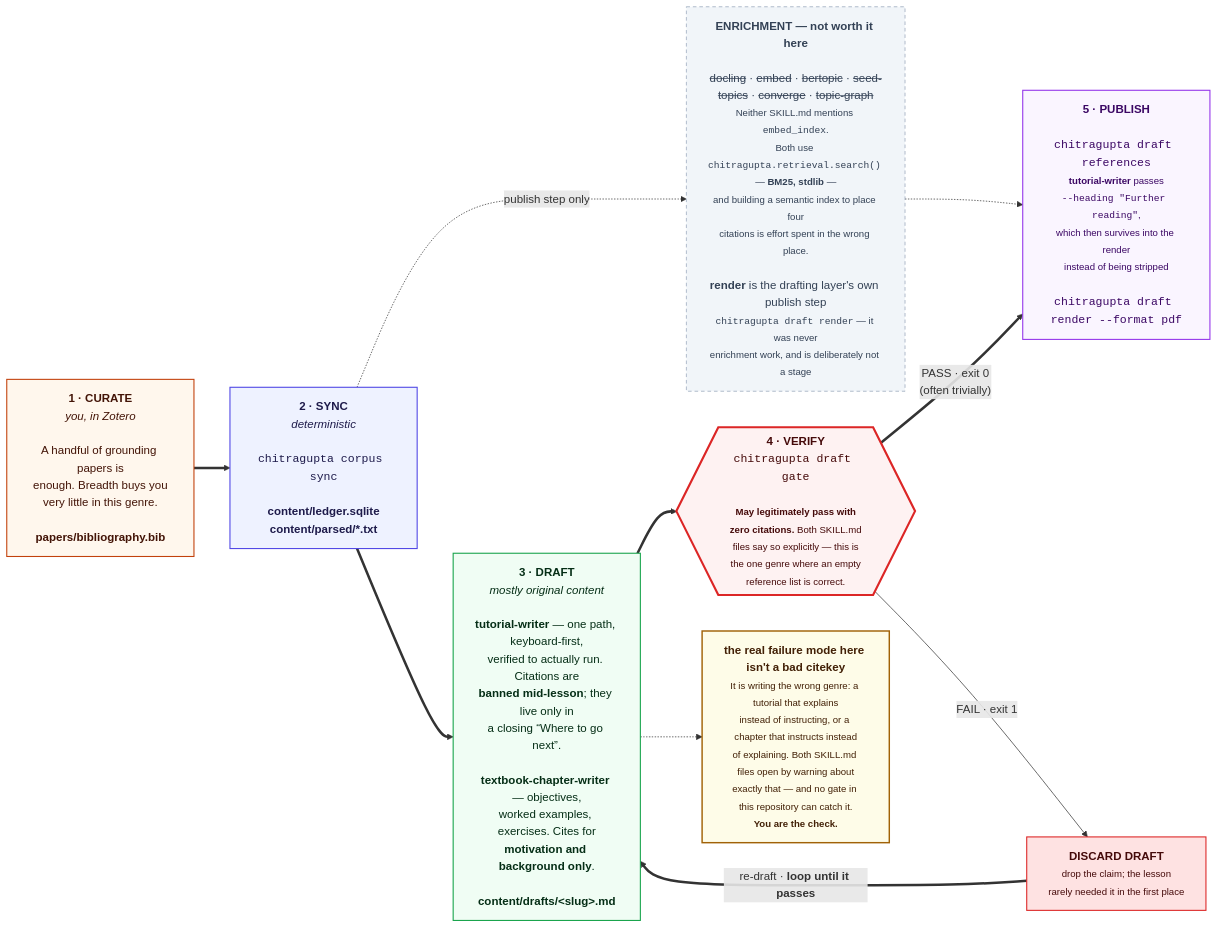
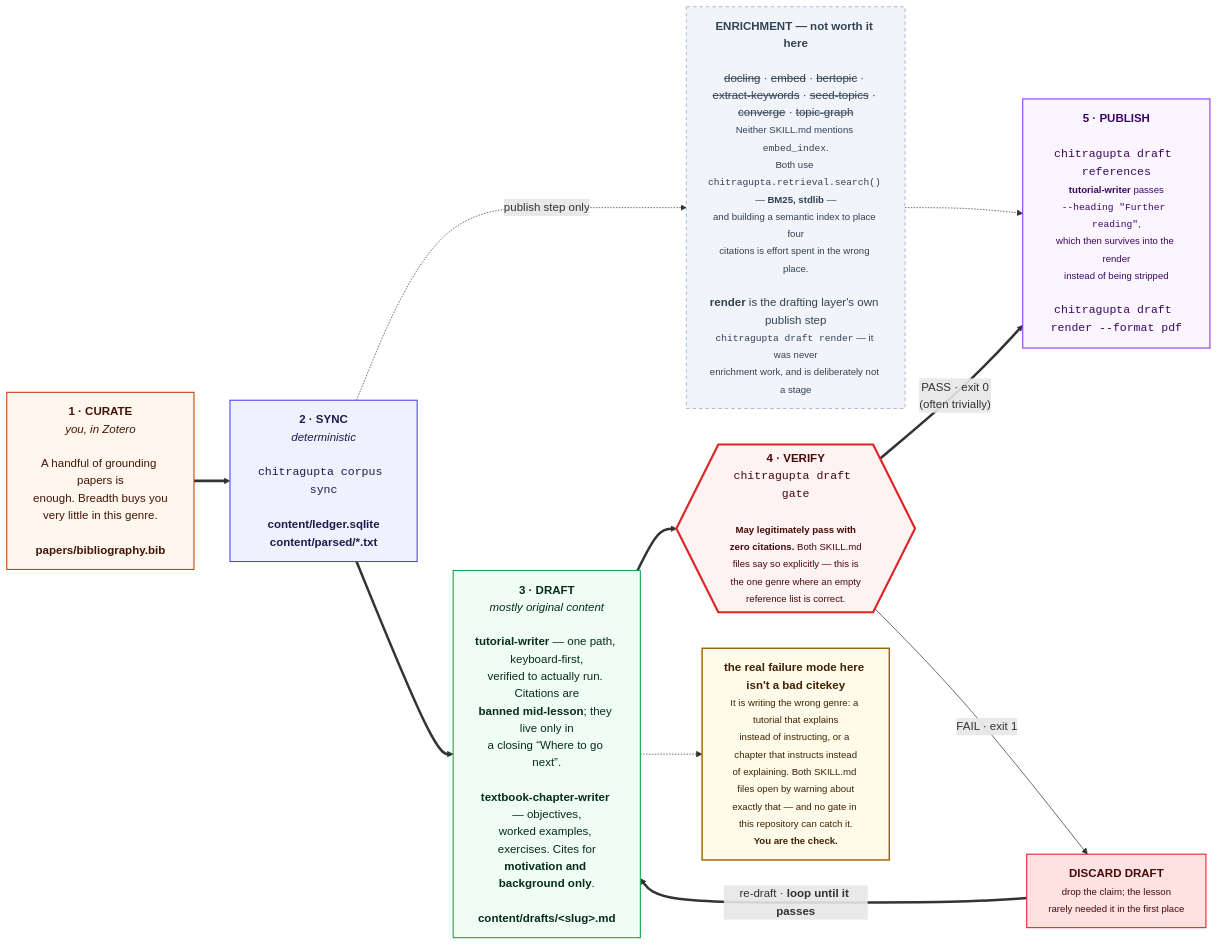
One commit to prasadtalasila/chitragupta changed the eighth of 13 diagrams in docs/DIAGRAMS.md. Above: the diagram before and after it, drawn with Mermaid. The commit also changed other lines of this file and 28 other files, not shown here.

First line of the commit message:
Add an extract-keywords enrich stage sourcing each paper's declared keywords

````diff
--- a/docs/DIAGRAMS.md
+++ b/docs/DIAGRAMS.md
@@ -761,45 +762,45 @@
 ```mermaid
 flowchart LR
 
   P0["<b>1 · CURATE</b><br/><i>you, in Zotero</i><br/><br/>A handful of grounding papers is<br/>enough. Breadth buys you<br/>very little in this genre.<br/><br/><b>papers/bibliography.bib</b>"]
 
   P1["<b>2 · SYNC</b><br/><i>deterministic</i><br/><br/><code>chitragupta corpus sync</code><br/><br/><b>content/ledger.sqlite</b><br/><b>content/parsed/*.txt</b>"]
 
-  HEAVY["<b>ENRICHMENT — not worth it here</b><br/><br/><s>docling</s> · <s>embed</s> · <s>bertopic</s> · <s>seed-topics</s> · <s>converge</s> · <s>topic-graph</s><br/><small>Neither SKILL.md mentions <code>embed_index</code>.<br/>Both use <code>chitragupta.retrieval.search()</code> — <b>BM25, stdlib</b> —<br/>and building a semantic index to place four<br/>citations is effort spent in the wrong place.</small><br/><br/><b>render</b> is the drafting layer's own publish step<br/><small><code>chitragupta draft render</code> — it was never<br/>enrichment work, and is deliberately not a stage</small>"]
+  HEAVY["<b>ENRICHMENT — not worth it here</b><br/><br/><s>docling</s> · <s>embed</s> · <s>bertopic</s> · <s>extract-keywords</s> · <s>seed-topics</s> · <s>converge</s> · <s>topic-graph</s><br/><small>Neither SKILL.md mentions <code>embed_index</code>.<br/>Both use <code>chitragupta.retrieval.search()</code> — <b>BM25, stdlib</b> —<br/>and building a semantic index to place four<br/>citations is effort spent in the wrong place.</small><br/><br/><b>render</b> is the drafting layer's own publish step<br/><small><code>chitragupta draft render</code> — it was never<br/>enrichment work, and is deliberately not a stage</small>"]
 
   P2["<b>3 · DRAFT</b><br/><i>mostly original content</i><br/><br/><b>tutorial-writer</b> — one path, keyboard-first,<br/>verified to actually run. Citations are<br/><b>banned mid-lesson</b>; they live only in<br/>a closing “Where to go next”.<br/><br/><b>textbook-chapter-writer</b> — objectives,<br/>worked examples, exercises. Cites for<br/><b>motivation and background only</b>.<br/><br/><b>content/drafts/&lt;slug&gt;.md</b>"]
 
   P3{{"<b>4 · VERIFY</b><br/><code>chitragupta draft gate</code><br/><br/><small><b>May legitimately pass with<br/>zero citations.</b> Both SKILL.md<br/>files say so explicitly — this is<br/>the one genre where an empty<br/>reference list is correct.</small>"}}
 
   FIX["<b>DISCARD DRAFT</b><br/><small>drop the claim; the lesson<br/>rarely needed it in the first place</small>"]
 
   P4["<b>5 · PUBLISH</b><br/><br/><code>chitragupta draft references</code><br/><small><b>tutorial-writer</b> passes<br/><code>--heading &quot;Further reading&quot;</code>,<br/>which then survives into the render<br/>instead of being stripped</small><br/><br/><code>chitragupta draft render --format pdf</code>"]
 
   RISK["<b>the real failure mode here isn't a bad citekey</b><br/><small>It is writing the wrong genre: a tutorial that explains<br/>instead of instructing, or a chapter that instructs instead<br/>of explaining. Both SKILL.md files open by warning about<br/>exactly that — and no gate in this repository can catch it.<br/><b>You are the check.</b></small>"]
 
   P0 ==> P1 ==> P2 ==> P3
   P1 -. "publish step only" .-> HEAVY
   HEAVY -.-> P4
   P3 == "PASS · exit 0<br/>(often trivially)" ==> P4
   P3 -- "FAIL · exit 1" --> FIX
   FIX == "re-draft · <b>loop until it passes</b>" ==> P2
   P2 -.-> RISK
 
   classDef you fill:#fff7ed,stroke:#c2410c,stroke-width:1.5px,color:#431407
   classDef det fill:#eef2ff,stroke:#4f46e5,stroke-width:1.5px,color:#1e1b4b
   classDef gen fill:#f0fdf4,stroke:#16a34a,stroke-width:1.5px,color:#052e16
   classDef gate fill:#fef2f2,stroke:#dc2626,stroke-width:3px,color:#450a0a
   classDef out fill:#faf5ff,stroke:#9333ea,stroke-width:1.5px,color:#3b0764
   classDef bad fill:#fee2e2,stroke:#dc2626,stroke-width:1.5px,color:#450a0a
   classDef off fill:#f1f5f9,stroke:#94a3b8,stroke-dasharray:5 4,color:#334155
   classDef risk fill:#fefce8,stroke:#a16207,stroke-width:2px,color:#422006
 
   class P0 you
   class P1 det
   class P2 gen
   class P3 gate
   class P4 out
   class FIX bad
   class HEAVY off
   class RISK risk
 ```
````
